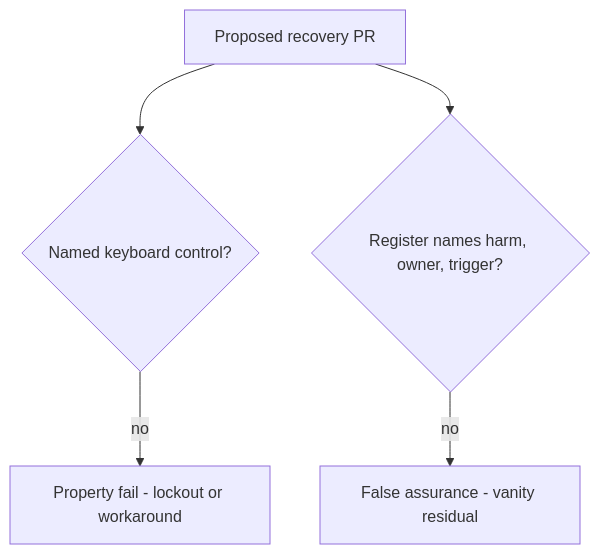
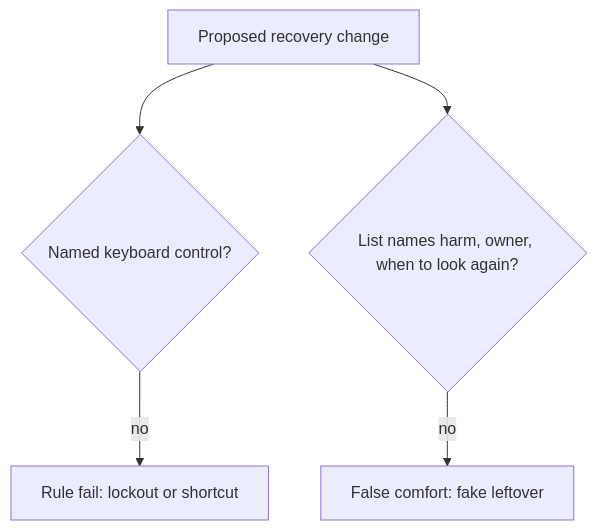
Before and after one commit to ishitvagoel/LearnSecurity: the diagram in content/modules/1/1.4/lessons/08-review.md, drawn with Mermaid. The commit also changed other lines of this file and 44 other files, not shown here.

````diff
--- a/content/modules/1/1.4/lessons/08-review.md
+++ b/content/modules/1/1.4/lessons/08-review.md
@@ -20,7 +18,7 @@
 ```mermaid
 flowchart TD
-  PR[Proposed recovery PR] --> Q1{Named keyboard control?}
-  PR --> Q2{Register names harm, owner, trigger?}
-  Q1 -->|no| Fail1["Property fail - lockout or workaround"]
-  Q2 -->|no| Fail2["False assurance - vanity residual"]
+  PR[Proposed recovery change] --> Q1{Named keyboard control?}
+  PR --> Q2{List names harm, owner, when to look again?}
+  Q1 -->|no| Fail1[Rule fail: lockout or shortcut]
+  Q2 -->|no| Fail2[False comfort: fake leftover]
 ```
````
